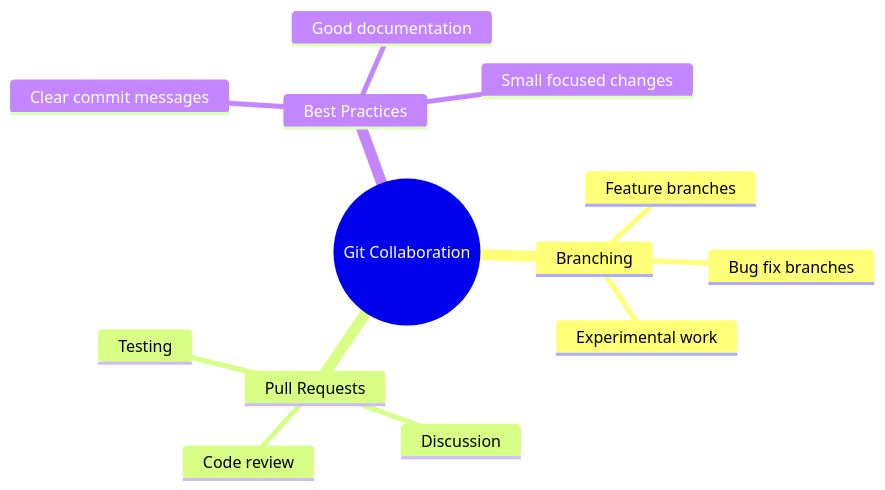
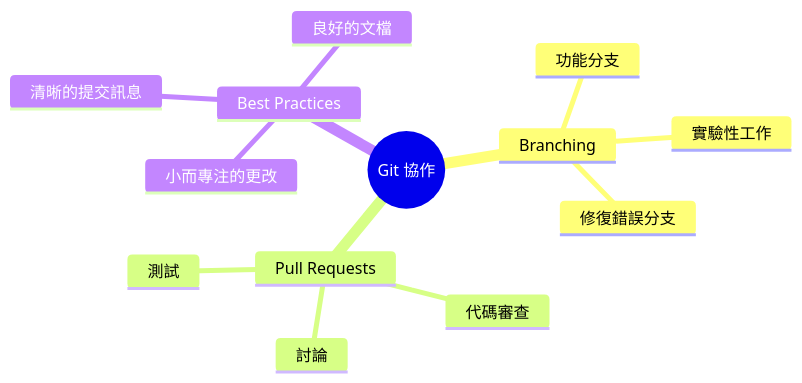
Before and after one commit to microsoft/Web-Dev-For-Beginners: the fifth of 7 diagrams in translations/mo/1-getting-started-lessons/2-github-basics/README.md, drawn with Mermaid. The commit also changed other lines of this file and 17 other files, not shown here.

````diff
--- a/translations/mo/1-getting-started-lessons/2-github-basics/README.md
+++ b/translations/mo/1-getting-started-lessons/2-github-basics/README.md
@@ -526,16 +523,16 @@
 ```mermaid
 mindmap
-  root((Git Collaboration))
+  root((Git 協作))
     Branching
-      Feature branches
-      Bug fix branches
-      Experimental work
+      功能分支
+      修復錯誤分支
+      實驗性工作
     Pull Requests
-      Code review
-      Discussion
-      Testing
+      代碼審查
+      討論
+      測試
     Best Practices
-      Clear commit messages
-      Small focused changes
-      Good documentation
+      清晰的提交訊息
+      小而專注的更改
+      良好的文檔
 ```
````
